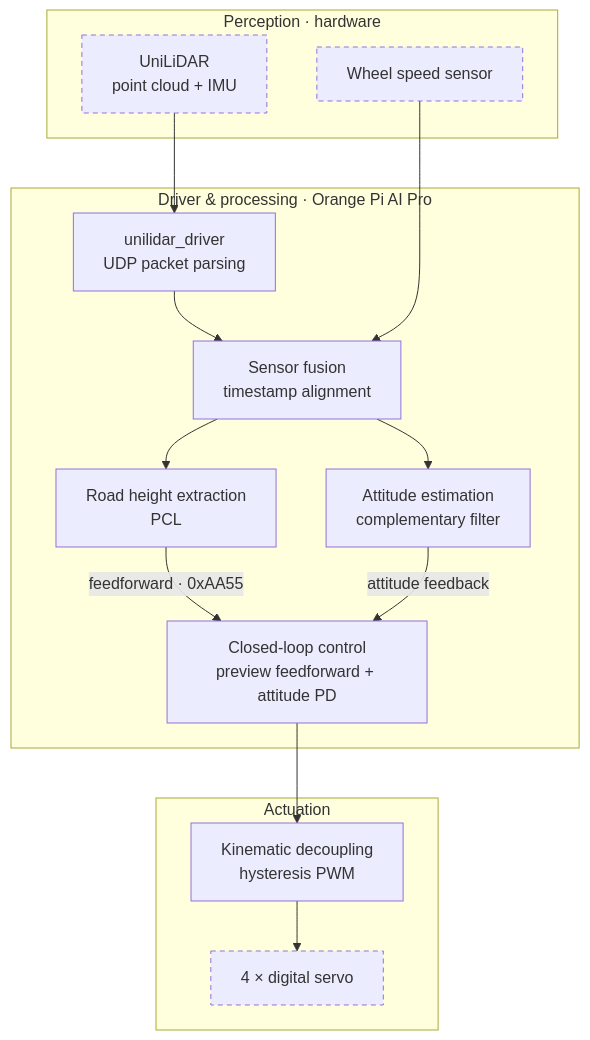
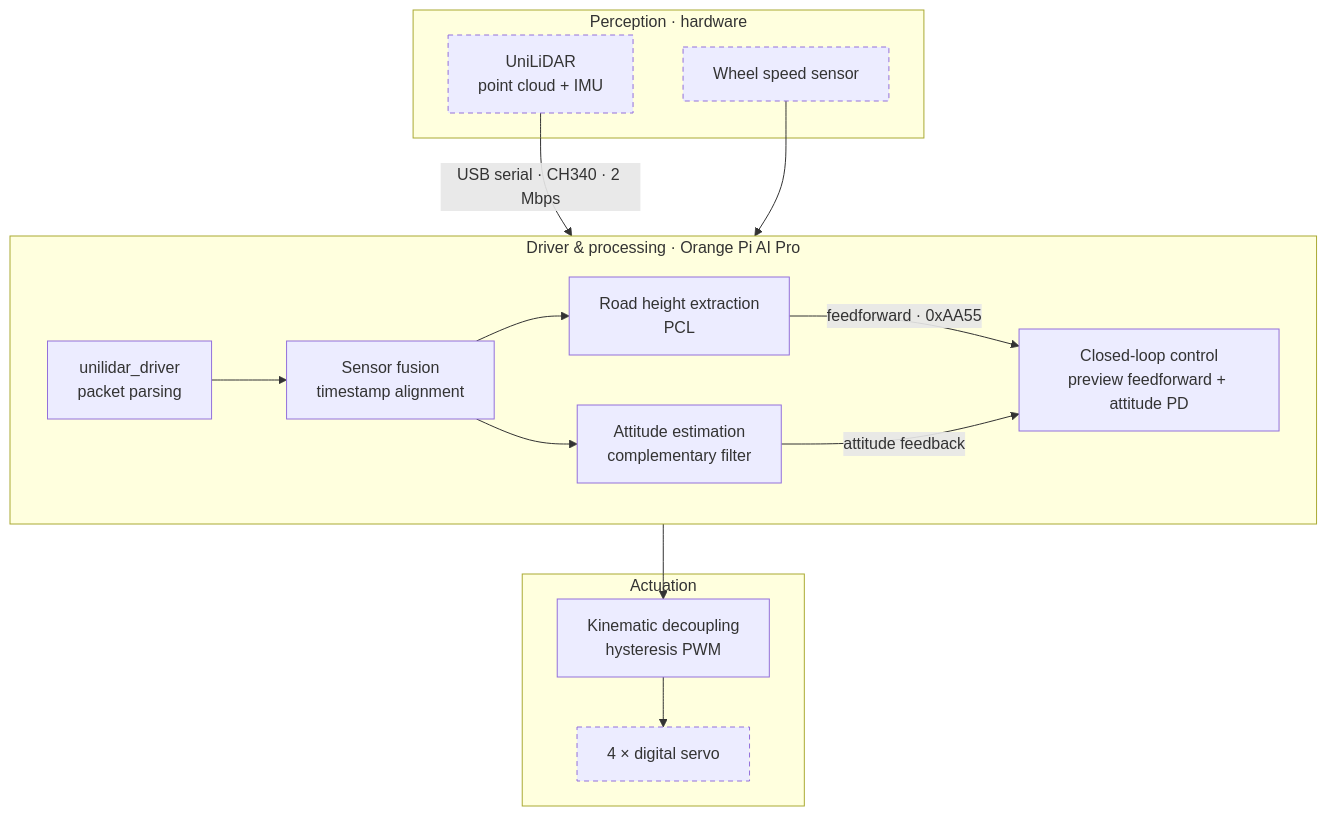
Before and after one commit to qi-neo/active-suspension-lidar-preview: the first of 4 diagrams in README.en.md, drawn with Mermaid. The commit also changed other lines of this file and 83 other files, not shown here.

First line of the commit message:
refactor(unilidar_driver)+docs(hardware): CH340 串口重构与硬件平台补充

````diff
--- a/README.en.md
+++ b/README.en.md
@@ -56,28 +98,30 @@
 ```mermaid
+%%{init: {'theme': 'base', 'themeVariables': {'fontFamily': '"PingFang SC","Hiragino Sans GB","Microsoft YaHei",sans-serif', 'fontSize': '14px', 'primaryColor': '#ffffff', 'primaryTextColor': '#1f2328', 'primaryBorderColor': '#d0d7de', 'lineColor': '#8c959f', 'secondaryColor': '#f6f8fa', 'tertiaryColor': '#ffffff', 'edgeLabelBackground': '#ffffff', 'clusterBkg': '#ffffff', 'clusterBorder': '#e5e7eb', 'titleColor': '#1f2328'}}}%%
 flowchart TB
     subgraph S1["Perception · hardware"]
         L["UniLiDAR<br/>point cloud + IMU"]
         W["Wheel speed sensor"]
     end
     subgraph S2["Driver & processing · Orange Pi AI Pro"]
-        DR["unilidar_driver<br/>UDP packet parsing"]
+        direction LR
+        DR["unilidar_driver<br/>packet parsing"]
         F["Sensor fusion<br/>timestamp alignment"]
         P["Road height extraction<br/>PCL"]
         A["Attitude estimation<br/>complementary filter"]
         C["Closed-loop control<br/>preview feedforward + attitude PD"]
     end
     subgraph S3["Actuation"]
         K["Kinematic decoupling<br/>hysteresis PWM"]
         D["4 × digital servo"]
     end
-    L --> DR
+    L -->|"USB serial · CH340 · 2 Mbps"| DR
     DR --> F
     W --> F
     F --> P
     F --> A
     P -->|feedforward · 0xAA55| C
     A -->|attitude feedback| C
     C --> K --> D
     classDef hw stroke-dasharray: 5 4
     class L,W,D hw
 ```
````
